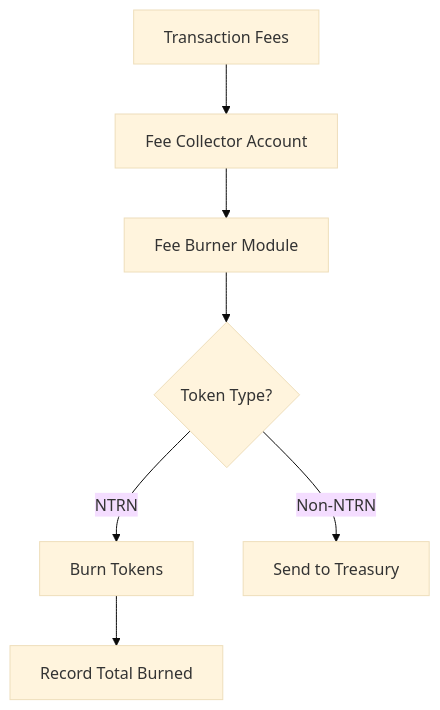
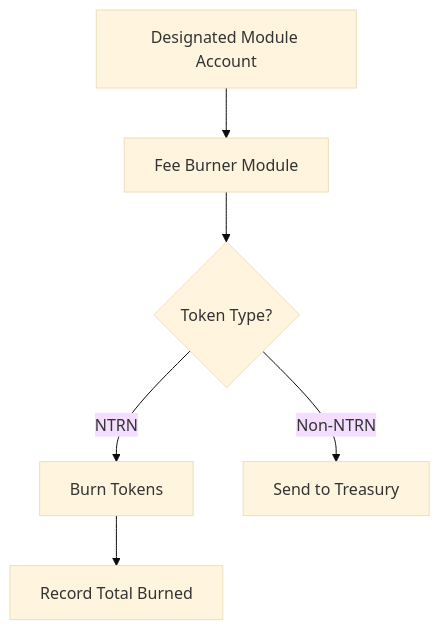
One commit to neutron-org/neutron-docs changed the diagram in developers/modules/feeburner/explanation.mdx. Above: the diagram before and after it, drawn with Mermaid (base theme). The commit also changed other lines of this file and 2 other files, not shown here.

Commit message:
fix: Complete feeburner module documentation accuracy audit - verified all proto definitions, CLI commands, and REST endpoints against source code - corrected title to 'Overview' for consistency - emphasized '100% of NTRN tokens are burned' as confirmed by tech lead - removed speculative fee flow information, keeping only verifiable facts - removed SQL monitoring example per feedback - all claims now traceable to source code implementation

````diff
--- a/developers/modules/feeburner/explanation.mdx
+++ b/developers/modules/feeburner/explanation.mdx
@@ -36,9 +36,8 @@
 ```mermaid
 graph TD
-    A[Transaction Fees] --> B[Fee Collector Account]
-    B --> C[Fee Burner Module]
-    C --> D{Token Type?}
-    D -->|NTRN| E[Burn Tokens]
-    D -->|Non-NTRN| F[Send to Treasury]
-    E --> G[Record Total Burned]
+    A[Designated Module Account] --> B[Fee Burner Module]
+    B --> C{Token Type?}
+    C -->|NTRN| D[Burn Tokens]
+    C -->|Non-NTRN| E[Send to Treasury]
+    D --> F[Record Total Burned]
 ```
````
